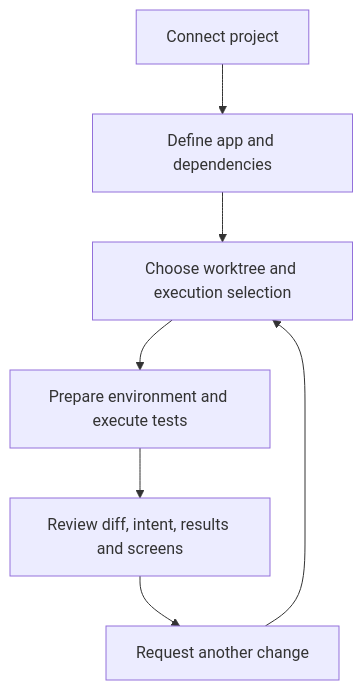
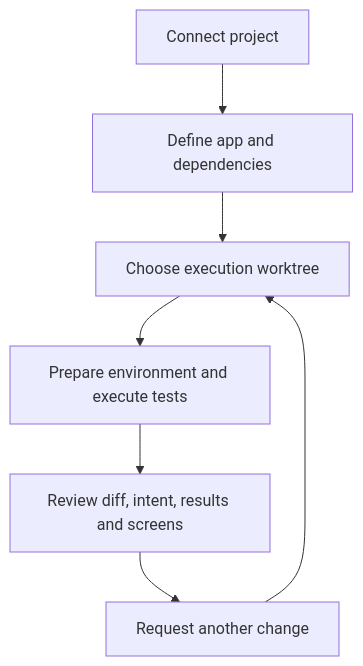
The diagram in docs/index.md (wo658/redpact), drawn with Mermaid before and after one commit. The commit also changed other lines of this file and 152 other files, not shown here.

````diff
--- a/docs/index.md
+++ b/docs/index.md
@@ -14,9 +14,9 @@
 ```mermaid
 flowchart TD
     P["Connect project"] --> D["Define app and dependencies"]
-    D --> W["Choose worktree and execution selection"]
+    D --> W["Choose execution worktree"]
     W --> E["Prepare environment and execute tests"]
     E --> R["Review diff, intent, results and screens"]
     R --> F["Request another change"]
     F --> W
 ```
````
